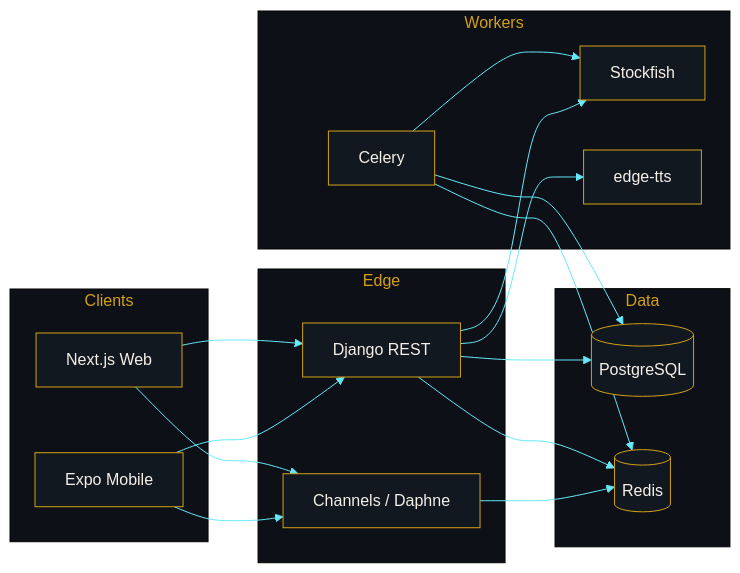
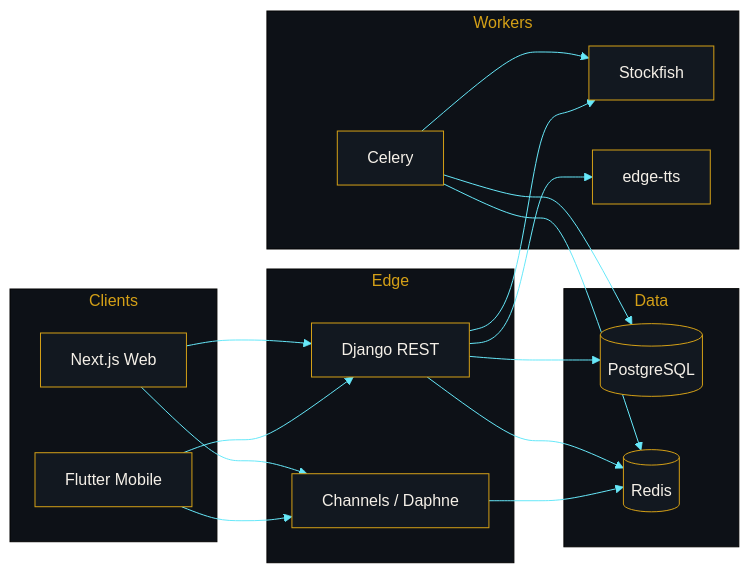
One commit to MaximeKELI/AFRICHESS changed the second of 15 diagrams in README.md. Above: the diagram before and after it, drawn with Mermaid. The commit also changed other lines of this file and 5 other files, not shown here.

````diff
--- a/README.md
+++ b/README.md
@@ -128,48 +128,48 @@
 ```mermaid
 %%{init: {
   "theme": "base",
   "themeVariables": {
     "primaryColor": "#1B7A3D",
     "primaryTextColor": "#F5F0E8",
     "primaryBorderColor": "#D4A017",
     "lineColor": "#67E8F9",
     "secondaryColor": "#C45C26",
     "tertiaryColor": "#161B22",
     "background": "#0A0E14",
     "mainBkg": "#121820",
     "nodeBorder": "#D4A017",
     "clusterBkg": "#0D1117",
     "titleColor": "#D4A017"
   }
 }}%%
 flowchart LR
   subgraph Clients
     WEB[Next.js Web]
-    MOB[Expo Mobile]
+    MOB[Flutter Mobile]
   end
   subgraph Edge
     API[Django REST]
     WS[Channels / Daphne]
   end
   subgraph Data
     PG[(PostgreSQL)]
     RD[(Redis)]
   end
   subgraph Workers
     CEL[Celery]
     SF[Stockfish]
     TTS[edge-tts]
   end
   WEB --> API
   WEB --> WS
   MOB --> API
   MOB --> WS
   API --> PG
   API --> RD
   WS --> RD
   CEL --> PG
   CEL --> RD
   CEL --> SF
   API --> SF
   API --> TTS
 ```
````
